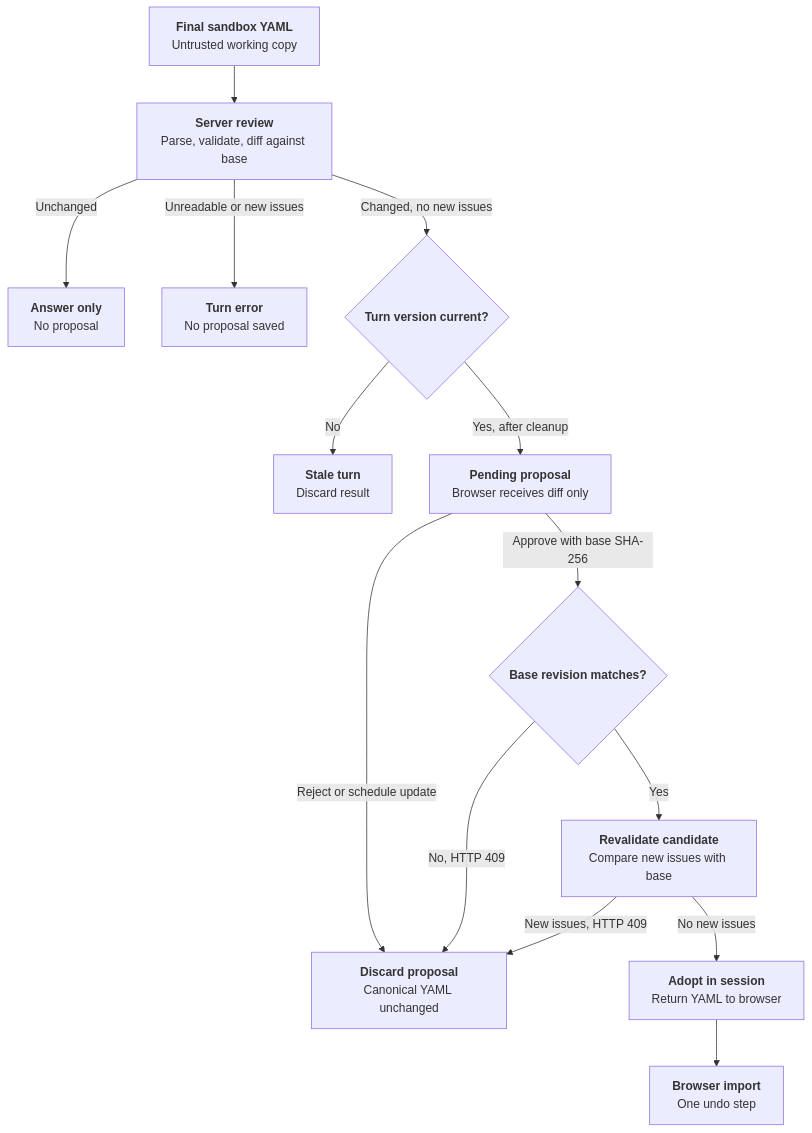
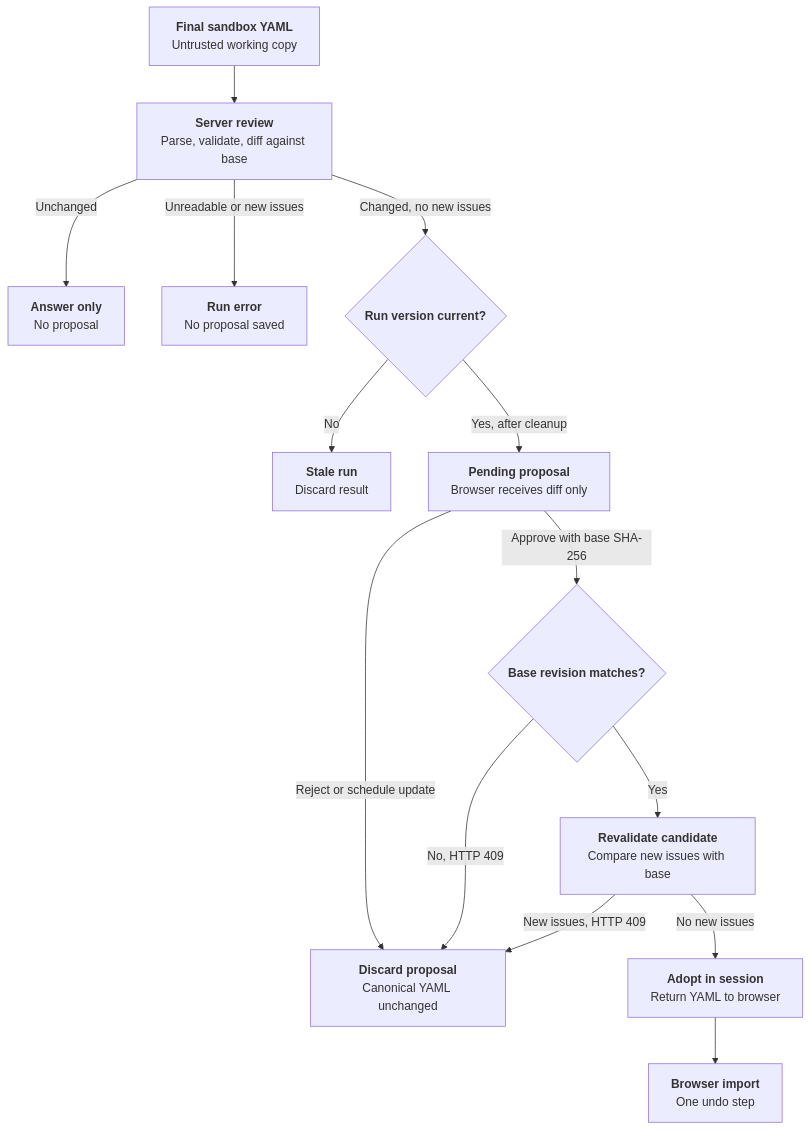
One commit to j3soon/nurse-scheduling changed the seventh of 7 diagrams in docs/content/developer-guide/ai-assistant.md. Above: the diagram before and after it, drawn with Mermaid. The commit also changed other lines of this file and 20 other files, not shown here.

````diff
--- a/docs/content/developer-guide/ai-assistant.md
+++ b/docs/content/developer-guide/ai-assistant.md
@@ -450,16 +468,16 @@
 ```mermaid
 flowchart TB
     Working[<b>Final sandbox YAML</b><br/>Untrusted working copy] --> Review[<b>Server review</b><br/>Parse, validate, diff against base]
     Review -->|Unchanged| Answer[<b>Answer only</b><br/>No proposal]
-    Review -->|Unreadable or new issues| Fail[<b>Turn error</b><br/>No proposal saved]
-    Review -->|Changed, no new issues| Current{<b>Turn version current?</b>}
-    Current -->|No| Stale[<b>Stale turn</b><br/>Discard result]
+    Review -->|Unreadable or new issues| Fail[<b>Run error</b><br/>No proposal saved]
+    Review -->|Changed, no new issues| Current{<b>Run version current?</b>}
+    Current -->|No| Stale[<b>Stale run</b><br/>Discard result]
     Current -->|Yes, after cleanup| Pending[<b>Pending proposal</b><br/>Browser receives diff only]
     Pending -->|Reject or schedule update| Discard[<b>Discard proposal</b><br/>Canonical YAML unchanged]
     Pending -->|Approve with base SHA-256| Revision{<b>Base revision matches?</b>}
     Revision -->|No, HTTP 409| Discard
     Revision -->|Yes| Recheck[<b>Revalidate candidate</b><br/>Compare new issues with base]
     Recheck -->|New issues, HTTP 409| Discard
     Recheck -->|No new issues| Adopt[<b>Adopt in session</b><br/>Return YAML to browser]
     Adopt --> Import[<b>Browser import</b><br/>One undo step]
 ```
````
